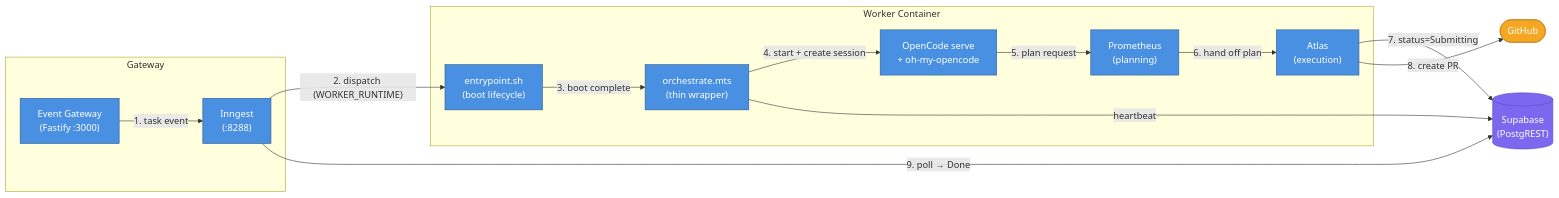
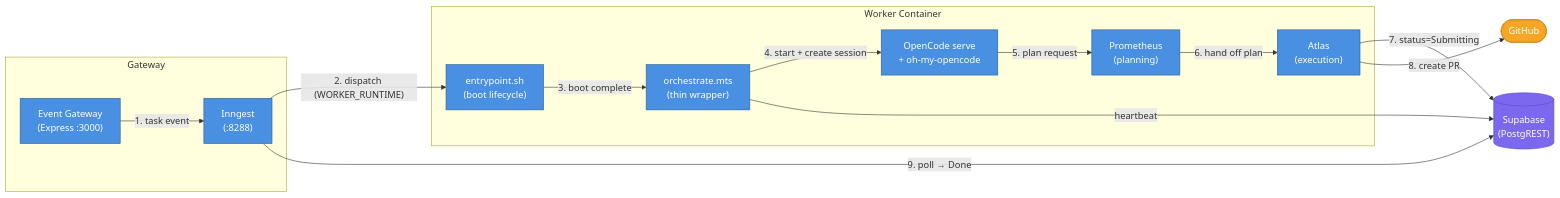
One commit to viiqswim/dozaldevs-ai-employee changed the diagram in docs/2026-04-14-0057-worker-post-redesign-overview.md. Above: the diagram before and after it, drawn with Mermaid. The commit also changed other lines of this file and 6 other files, not shown here.

First line of the commit message:
fix: remove all remaining Fastify references after Express migration

````diff
--- a/docs/2026-04-14-0057-worker-post-redesign-overview.md
+++ b/docs/2026-04-14-0057-worker-post-redesign-overview.md
@@ -33,33 +33,33 @@
 ```mermaid
 flowchart LR
     subgraph Gateway
-        GW["Event Gateway\n(Fastify :3000)"]:::service
+        GW["Event Gateway\n(Express :3000)"]:::service
         INN["Inngest\n(:8288)"]:::service
     end
 
     subgraph Worker Container
         ENT["entrypoint.sh\n(boot lifecycle)"]:::service
         THIN["orchestrate.mts\n(thin wrapper)"]:::service
         OC["OpenCode serve\n+ oh-my-opencode"]:::service
         PROM["Prometheus\n(planning)"]:::service
         ATLAS["Atlas\n(execution)"]:::service
     end
 
     SB[("Supabase\n(PostgREST)")]:::storage
     GH(["GitHub"]):::external
 
     GW -->|"1. task event"| INN
     INN -->|"2. dispatch (WORKER_RUNTIME)"| ENT
     ENT -->|"3. boot complete"| THIN
     THIN -->|"4. start + create session"| OC
     OC -->|"5. plan request"| PROM
     PROM -->|"6. hand off plan"| ATLAS
     ATLAS -->|"7. status=Submitting"| SB
     ATLAS -->|"8. create PR"| GH
     THIN -->|"heartbeat"| SB
     INN -->|"9. poll → Done"| SB
 
     classDef service fill:#4A90E2,stroke:#2E5C8A,color:#fff
     classDef storage fill:#7B68EE,stroke:#5B4BC7,color:#fff
     classDef external fill:#F5A623,stroke:#C4841A,color:#fff
 ```
````
